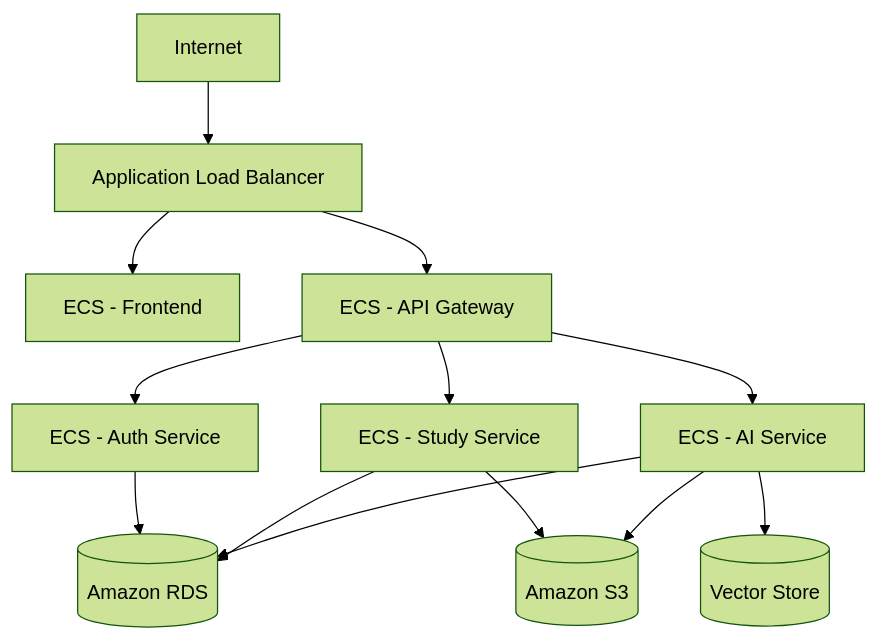
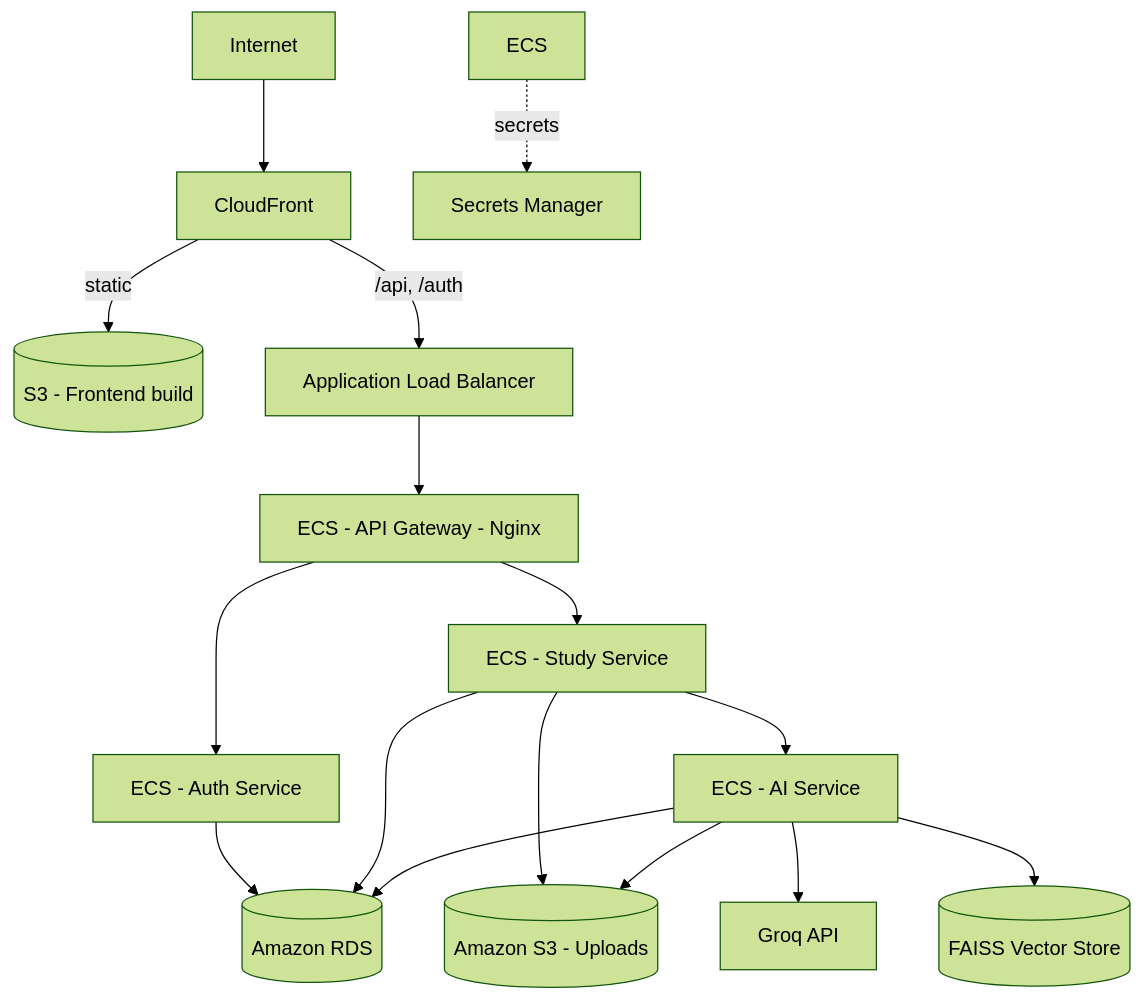
One commit to thulasiramk-2310/studyflow-ai changed the fifth of 6 diagrams in README.md. Above: the diagram before and after it, drawn with Mermaid (forest theme). The commit also changed other lines of this file, not shown here.

First line of the commit message:
docs: update README for Groq, CloudFront deployment, and setup

````diff
--- a/README.md
+++ b/README.md
@@ -103,15 +108,18 @@
 ```mermaid
 flowchart TD
-    Internet --> ALB[Application Load Balancer]
-    ALB --> FE[ECS - Frontend]
-    ALB --> GW[ECS - API Gateway]
+    Internet --> CF[CloudFront]
+    CF -->|static| S3FE[(S3 - Frontend build)]
+    CF -->|/api, /auth| ALB[Application Load Balancer]
+    ALB --> GW[ECS - API Gateway - Nginx]
     GW --> AUTH[ECS - Auth Service]
     GW --> STUDY[ECS - Study Service]
-    GW --> AI[ECS - AI Service]
+    STUDY --> AI[ECS - AI Service]
     AUTH --> RDS[(Amazon RDS)]
     STUDY --> RDS
     AI --> RDS
-    STUDY --> S3[(Amazon S3)]
+    STUDY --> S3[(Amazon S3 - Uploads)]
     AI --> S3
-    AI --> FAISS[(Vector Store)]
+    AI --> GROQ[Groq API]
+    AI --> FAISS[(FAISS Vector Store)]
+    ECS -.secrets.-> SM[Secrets Manager]
 ```
````
